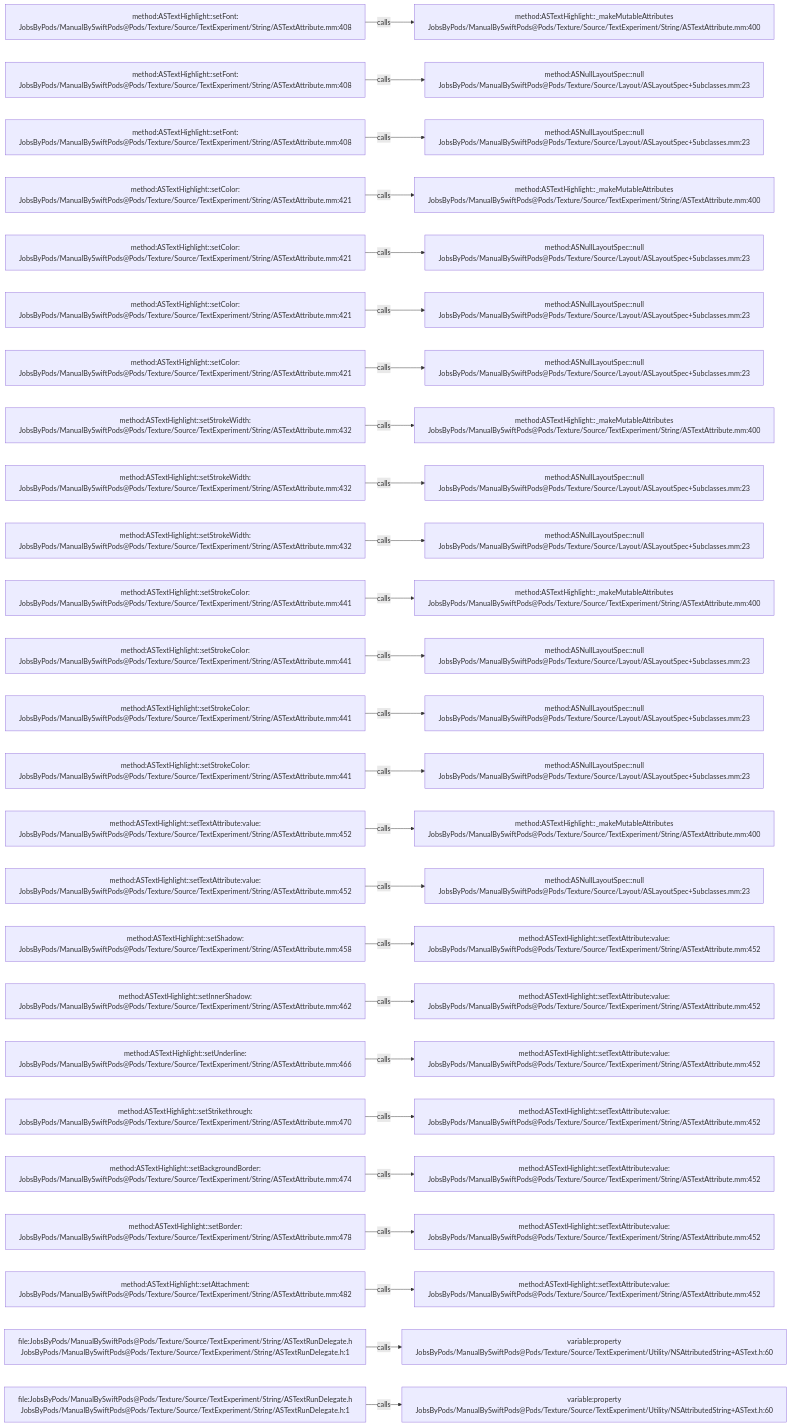
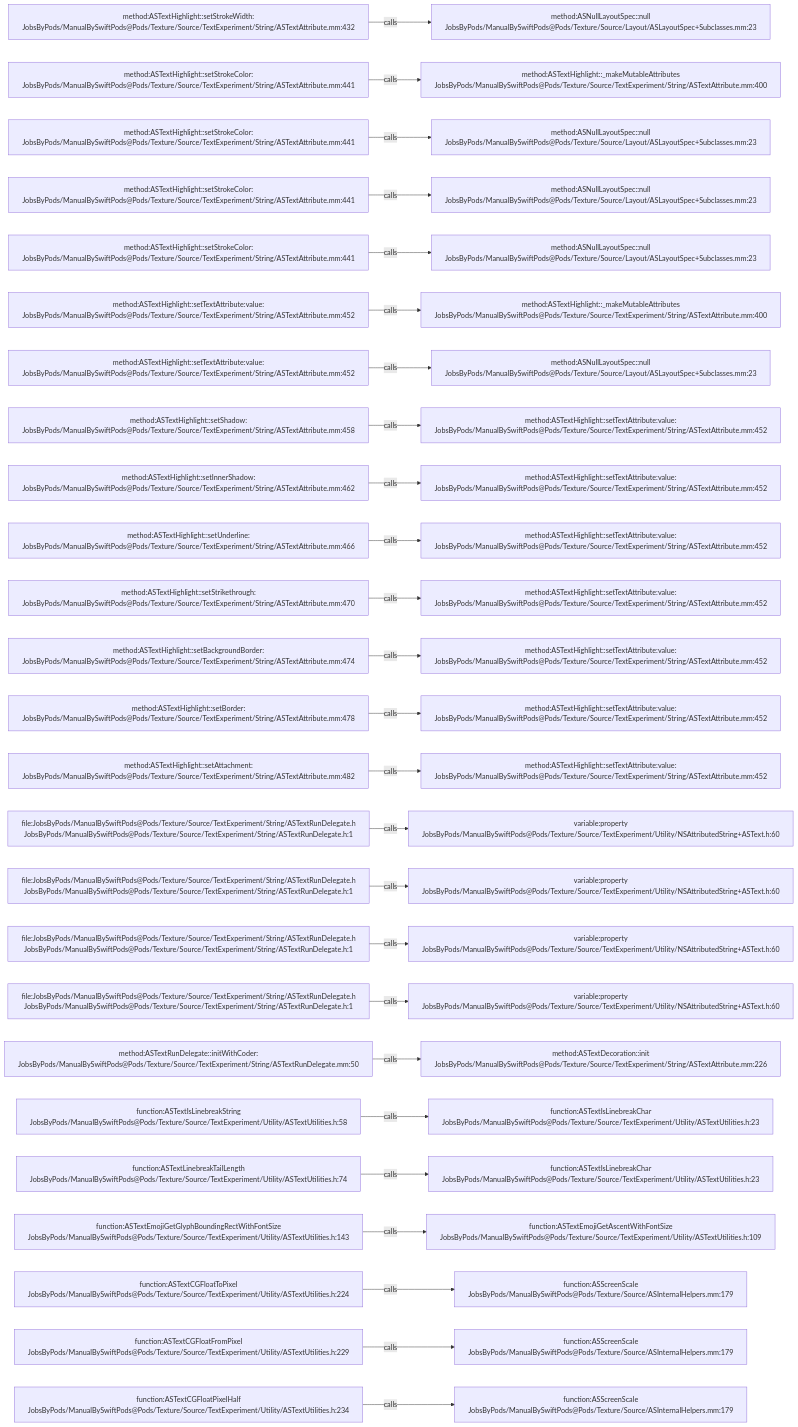
Before and after one commit to JobsKits/JobsSwiftBaseConfigDemo: the diagram in .codegraph/codegraph.md/graphs/calls-139.md, drawn with Mermaid. The commit also changed 707 other files, not shown here.

````diff
--- a/.codegraph/codegraph.md/graphs/calls-139.md
+++ b/.codegraph/codegraph.md/graphs/calls-139.md
@@ -13,78 +13,78 @@
 ```mermaid
 flowchart LR
-  S1["method:ASTextHighlight::setFont:<br/>JobsByPods/ManualBySwiftPods@Pods/Texture/Source/TextExperiment/String/ASTextAttribute.mm:408"]
-  T1["method:ASTextHighlight::_makeMutableAttributes<br/>JobsByPods/ManualBySwiftPods@Pods/Texture/Source/TextExperiment/String/ASTextAttribute.mm:400"]
+  S1["method:ASTextHighlight::setStrokeWidth:<br/>JobsByPods/ManualBySwiftPods@Pods/Texture/Source/TextExperiment/String/ASTextAttribute.mm:432"]
+  T1["method:ASNullLayoutSpec::null<br/>JobsByPods/ManualBySwiftPods@Pods/Texture/Source/Layout/ASLayoutSpec+Subclasses.mm:23"]
   S1 -->|calls| T1
-  S2["method:ASTextHighlight::setFont:<br/>JobsByPods/ManualBySwiftPods@Pods/Texture/Source/TextExperiment/String/ASTextAttribute.mm:408"]
-  T2["method:ASNullLayoutSpec::null<br/>JobsByPods/ManualBySwiftPods@Pods/Texture/Source/Layout/ASLayoutSpec+Subclasses.mm:23"]
+  S2["method:ASTextHighlight::setStrokeColor:<br/>JobsByPods/ManualBySwiftPods@Pods/Texture/Source/TextExperiment/String/ASTextAttribute.mm:441"]
+  T2["method:ASTextHighlight::_makeMutableAttributes<br/>JobsByPods/ManualBySwiftPods@Pods/Texture/Source/TextExperiment/String/ASTextAttribute.mm:400"]
   S2 -->|calls| T2
-  S3["method:ASTextHighlight::setFont:<br/>JobsByPods/ManualBySwiftPods@Pods/Texture/Source/TextExperiment/String/ASTextAttribute.mm:408"]
+  S3["method:ASTextHighlight::setStrokeColor:<br/>JobsByPods/ManualBySwiftPods@Pods/Texture/Source/TextExperiment/String/ASTextAttribute.mm:441"]
   T3["method:ASNullLayoutSpec::null<br/>JobsByPods/ManualBySwiftPods@Pods/Texture/Source/Layout/ASLayoutSpec+Subclasses.mm:23"]
   S3 -->|calls| T3
-  S4["method:ASTextHighlight::setColor:<br/>JobsByPods/ManualBySwiftPods@Pods/Texture/Source/TextExperiment/String/ASTextAttribute.mm:421"]
-  T4["method:ASTextHighlight::_makeMutableAttributes<br/>JobsByPods/ManualBySwiftPods@Pods/Texture/Source/TextExperiment/String/ASTextAttribute.mm:400"]
+  S4["method:ASTextHighlight::setStrokeColor:<br/>JobsByPods/ManualBySwiftPods@Pods/Texture/Source/TextExperiment/String/ASTextAttribute.mm:441"]
+  T4["method:ASNullLayoutSpec::null<br/>JobsByPods/ManualBySwiftPods@Pods/Texture/Source/Layout/ASLayoutSpec+Subclasses.mm:23"]
   S4 -->|calls| T4
-  S5["method:ASTextHighlight::setColor:<br/>JobsByPods/ManualBySwiftPods@Pods/Texture/Source/TextExperiment/String/ASTextAttribute.mm:421"]
+  S5["method:ASTextHighlight::setStrokeColor:<br/>JobsByPods/ManualBySwiftPods@Pods/Texture/Source/TextExperiment/String/ASTextAttribute.mm:441"]
   T5["method:ASNullLayoutSpec::null<br/>JobsByPods/ManualBySwiftPods@Pods/Texture/Source/Layout/ASLayoutSpec+Subclasses.mm:23"]
   S5 -->|calls| T5
-  S6["method:ASTextHighlight::setColor:<br/>JobsByPods/ManualBySwiftPods@Pods/Texture/Source/TextExperiment/String/ASTextAttribute.mm:421"]
-  T6["method:ASNullLayoutSpec::null<br/>JobsByPods/ManualBySwiftPods@Pods/Texture/Source/Layout/ASLayoutSpec+Subclasses.mm:23"]
+  S6["method:ASTextHighlight::setTextAttribute:value:<br/>JobsByPods/ManualBySwiftPods@Pods/Texture/Source/TextExperiment/String/ASTextAttribute.mm:452"]
+  T6["method:ASTextHighlight::_makeMutableAttributes<br/>JobsByPods/ManualBySwiftPods@Pods/Texture/Source/TextExperiment/String/ASTextAttribute.mm:400"]
   S6 -->|calls| T6
-  S7["method:ASTextHighlight::setColor:<br/>JobsByPods/ManualBySwiftPods@Pods/Texture/Source/TextExperiment/String/ASTextAttribute.mm:421"]
+  S7["method:ASTextHighlight::setTextAttribute:value:<br/>JobsByPods/ManualBySwiftPods@Pods/Texture/Source/TextExperiment/String/ASTextAttribute.mm:452"]
   T7["method:ASNullLayoutSpec::null<br/>JobsByPods/ManualBySwiftPods@Pods/Texture/Source/Layout/ASLayoutSpec+Subclasses.mm:23"]
   S7 -->|calls| T7
-  S8["method:ASTextHighlight::setStrokeWidth:<br/>JobsByPods/ManualBySwiftPods@Pods/Texture/Source/TextExperiment/String/ASTextAttribute.mm:432"]
-  T8["method:ASTextHighlight::_makeMutableAttributes<br/>JobsByPods/ManualBySwiftPods@Pods/Texture/Source/TextExperiment/String/ASTextAttribute.mm:400"]
+  S8["method:ASTextHighlight::setShadow:<br/>JobsByPods/ManualBySwiftPods@Pods/Texture/Source/TextExperiment/String/ASTextAttribute.mm:458"]
+  T8["method:ASTextHighlight::setTextAttribute:value:<br/>JobsByPods/ManualBySwiftPods@Pods/Texture/Source/TextExperiment/String/ASTextAttribute.mm:452"]
   S8 -->|calls| T8
-  S9["method:ASTextHighlight::setStrokeWidth:<br/>JobsByPods/ManualBySwiftPods@Pods/Texture/Source/TextExperiment/String/ASTextAttribute.mm:432"]
-  T9["method:ASNullLayoutSpec::null<br/>JobsByPods/ManualBySwiftPods@Pods/Texture/Source/Layout/ASLayoutSpec+Subclasses.mm:23"]
+  S9["method:ASTextHighlight::setInnerShadow:<br/>JobsByPods/ManualBySwiftPods@Pods/Texture/Source/TextExperiment/String/ASTextAttribute.mm:462"]
+  T9["method:ASTextHighlight::setTextAttribute:value:<br/>JobsByPods/ManualBySwiftPods@Pods/Texture/Source/TextExperiment/String/ASTextAttribute.mm:452"]
   S9 -->|calls| T9
-  S10["method:ASTextHighlight::setStrokeWidth:<br/>JobsByPods/ManualBySwiftPods@Pods/Texture/Source/TextExperiment/String/ASTextAttribute.mm:432"]
-  T10["method:ASNullLayoutSpec::null<br/>JobsByPods/ManualBySwiftPods@Pods/Texture/Source/Layout/ASLayoutSpec+Subclasses.mm:23"]
+  S10["method:ASTextHighlight::setUnderline:<br/>JobsByPods/ManualBySwiftPods@Pods/Texture/Source/TextExperiment/String/ASTextAttribute.mm:466"]
+  T10["method:ASTextHighlight::setTextAttribute:value:<br/>JobsByPods/ManualBySwiftPods@Pods/Texture/Source/TextExperiment/String/ASTextAttribute.mm:452"]
   S10 -->|calls| T10
-  S11["method:ASTextHighlight::setStrokeColor:<br/>JobsByPods/ManualBySwiftPods@Pods/Texture/Source/TextExperiment/String/ASTextAttribute.mm:441"]
-  T11["method:ASTextHighlight::_makeMutableAttributes<br/>JobsByPods/ManualBySwiftPods@Pods/Texture/Source/TextExperiment/String/ASTextAttribute.mm:400"]
+  S11["method:ASTextHighlight::setStrikethrough:<br/>JobsByPods/ManualBySwiftPods@Pods/Texture/Source/TextExperiment/String/ASTextAttribute.mm:470"]
+  T11["method:ASTextHighlight::setTextAttribute:value:<br/>JobsByPods/ManualBySwiftPods@Pods/Texture/Source/TextExperiment/String/ASTextAttribute.mm:452"]
   S11 -->|calls| T11
-  S12["method:ASTextHighlight::setStrokeColor:<br/>JobsByPods/ManualBySwiftPods@Pods/Texture/Source/TextExperiment/String/ASTextAttribute.mm:441"]
-  T12["method:ASNullLayoutSpec::null<br/>JobsByPods/ManualBySwiftPods@Pods/Texture/Source/Layout/ASLayoutSpec+Subclasses.mm:23"]
+  S12["method:ASTextHighlight::setBackgroundBorder:<br/>JobsByPods/ManualBySwiftPods@Pods/Texture/Source/TextExperiment/String/ASTextAttribute.mm:474"]
+  T12["method:ASTextHighlight::setTextAttribute:value:<br/>JobsByPods/ManualBySwiftPods@Pods/Texture/Source/TextExperiment/String/ASTextAttribute.mm:452"]
   S12 -->|calls| T12
-  S13["method:ASTextHighlight::setStrokeColor:<br/>JobsByPods/ManualBySwiftPods@Pods/Texture/Source/TextExperiment/String/ASTextAttribute.mm:441"]
-  T13["method:ASNullLayoutSpec::null<br/>JobsByPods/ManualBySwiftPods@Pods/Texture/Source/Layout/ASLayoutSpec+Subclasses.mm:23"]
+  S13["method:ASTextHighlight::setBorder:<br/>JobsByPods/ManualBySwiftPods@Pods/Texture/Source/TextExperiment/String/ASTextAttribute.mm:478"]
+  T13["method:ASTextHighlight::setTextAttribute:value:<br/>JobsByPods/ManualBySwiftPods@Pods/Texture/Source/TextExperiment/String/ASTextAttribute.mm:452"]
   S13 -->|calls| T13
-  S14["method:ASTextHighlight::setStrokeColor:<br/>JobsByPods/ManualBySwiftPods@Pods/Texture/Source/TextExperiment/String/ASTextAttribute.mm:441"]
-  T14["method:ASNullLayoutSpec::null<br/>JobsByPods/ManualBySwiftPods@Pods/Texture/Source/Layout/ASLayoutSpec+Subclasses.mm:23"]
+  S14["method:ASTextHighlight::setAttachment:<br/>JobsByPods/ManualBySwiftPods@Pods/Texture/Source/TextExperiment/String/ASTextAttribute.mm:482"]
+  T14["method:ASTextHighlight::setTextAttribute:value:<br/>JobsByPods/ManualBySwiftPods@Pods/Texture/Source/TextExperiment/String/ASTextAttribute.mm:452"]
   S14 -->|calls| T14
-  S15["method:ASTextHighlight::setTextAttribute:value:<br/>JobsByPods/ManualBySwiftPods@Pods/Texture/Source/TextExperiment/String/ASTextAttribute.mm:452"]
-  T15["method:ASTextHighlight::_makeMutableAttributes<br/>JobsByPods/ManualBySwiftPods@Pods/Texture/Source/TextExperiment/String/ASTextAttribute.mm:400"]
+  S15["file:JobsByPods/ManualBySwiftPods@Pods/Texture/Source/TextExperiment/String/ASTextRunDelegate.h<br/>JobsByPods/ManualBySwiftPods@Pods/Texture/Source/TextExperiment/String/ASTextRunDelegate.h:1"]
+  T15["variable:property<br/>JobsByPods/ManualBySwiftPods@Pods/Texture/Source/TextExperiment/Utility/NSAttributedString+ASText.h:60"]
   S15 -->|calls| T15
-  S16["method:ASTextHighlight::setTextAttribute:value:<br/>JobsByPods/ManualBySwiftPods@Pods/Texture/Source/TextExperiment/String/ASTextAttribute.mm:452"]
-  T16["method:ASNullLayoutSpec::null<br/>JobsByPods/ManualBySwiftPods@Pods/Texture/Source/Layout/ASLayoutSpec+Subclasses.mm:23"]
+  S16["file:JobsByPods/ManualBySwiftPods@Pods/Texture/Source/TextExperiment/String/ASTextRunDelegate.h<br/>JobsByPods/ManualBySwiftPods@Pods/Texture/Source/TextExperiment/String/ASTextRunDelegate.h:1"]
+  T16["variable:property<br/>JobsByPods/ManualBySwiftPods@Pods/Texture/Source/TextExperiment/Utility/NSAttributedString+ASText.h:60"]
   S16 -->|calls| T16
-  S17["method:ASTextHighlight::setShadow:<br/>JobsByPods/ManualBySwiftPods@Pods/Texture/Source/TextExperiment/String/ASTextAttribute.mm:458"]
-  T17["method:ASTextHighlight::setTextAttribute:value:<br/>JobsByPods/ManualBySwiftPods@Pods/Texture/Source/TextExperiment/String/ASTextAttribute.mm:452"]
+  S17["file:JobsByPods/ManualBySwiftPods@Pods/Texture/Source/TextExperiment/String/ASTextRunDelegate.h<br/>JobsByPods/ManualBySwiftPods@Pods/Texture/Source/TextExperiment/String/ASTextRunDelegate.h:1"]
+  T17["variable:property<br/>JobsByPods/ManualBySwiftPods@Pods/Texture/Source/TextExperiment/Utility/NSAttributedString+ASText.h:60"]
   S17 -->|calls| T17
-  S18["method:ASTextHighlight::setInnerShadow:<br/>JobsByPods/ManualBySwiftPods@Pods/Texture/Source/TextExperiment/String/ASTextAttribute.mm:462"]
-  T18["method:ASTextHighlight::setTextAttribute:value:<br/>JobsByPods/ManualBySwiftPods@Pods/Texture/Source/TextExperiment/String/ASTextAttribute.mm:452"]
+  S18["file:JobsByPods/ManualBySwiftPods@Pods/Texture/Source/TextExperiment/String/ASTextRunDelegate.h<br/>JobsByPods/ManualBySwiftPods@Pods/Texture/Source/TextExperiment/String/ASTextRunDelegate.h:1"]
+  T18["variable:property<br/>JobsByPods/ManualBySwiftPods@Pods/Texture/Source/TextExperiment/Utility/NSAttributedString+ASText.h:60"]
   S18 -->|calls| T18
-  S19["method:ASTextHighlight::setUnderline:<br/>JobsByPods/ManualBySwiftPods@Pods/Texture/Source/TextExperiment/String/ASTextAttribute.mm:466"]
-  T19["method:ASTextHighlight::setTextAttribute:value:<br/>JobsByPods/ManualBySwiftPods@Pods/Texture/Source/TextExperiment/String/ASTextAttribute.mm:452"]
+  S19["method:ASTextRunDelegate::initWithCoder:<br/>JobsByPods/ManualBySwiftPods@Pods/Texture/Source/TextExperiment/String/ASTextRunDelegate.mm:50"]
+  T19["method:ASTextDecoration::init<br/>JobsByPods/ManualBySwiftPods@Pods/Texture/Source/TextExperiment/String/ASTextAttribute.mm:226"]
   S19 -->|calls| T19
-  S20["method:ASTextHighlight::setStrikethrough:<br/>JobsByPods/ManualBySwiftPods@Pods/Texture/Source/TextExperiment/String/ASTextAttribute.mm:470"]
-  T20["method:ASTextHighlight::setTextAttribute:value:<br/>JobsByPods/ManualBySwiftPods@Pods/Texture/Source/TextExperiment/String/ASTextAttribute.mm:452"]
+  S20["function:ASTextIsLinebreakString<br/>JobsByPods/ManualBySwiftPods@Pods/Texture/Source/TextExperiment/Utility/ASTextUtilities.h:58"]
+  T20["function:ASTextIsLinebreakChar<br/>JobsByPods/ManualBySwiftPods@Pods/Texture/Source/TextExperiment/Utility/ASTextUtilities.h:23"]
   S20 -->|calls| T20
-  S21["method:ASTextHighlight::setBackgroundBorder:<br/>JobsByPods/ManualBySwiftPods@Pods/Texture/Source/TextExperiment/String/ASTextAttribute.mm:474"]
-  T21["method:ASTextHighlight::setTextAttribute:value:<br/>JobsByPods/ManualBySwiftPods@Pods/Texture/Source/TextExperiment/String/ASTextAttribute.mm:452"]
+  S21["function:ASTextLinebreakTailLength<br/>JobsByPods/ManualBySwiftPods@Pods/Texture/Source/TextExperiment/Utility/ASTextUtilities.h:74"]
+  T21["function:ASTextIsLinebreakChar<br/>JobsByPods/ManualBySwiftPods@Pods/Texture/Source/TextExperiment/Utility/ASTextUtilities.h:23"]
   S21 -->|calls| T21
-  S22["method:ASTextHighlight::setBorder:<br/>JobsByPods/ManualBySwiftPods@Pods/Texture/Source/TextExperiment/String/ASTextAttribute.mm:478"]
-  T22["method:ASTextHighlight::setTextAttribute:value:<br/>JobsByPods/ManualBySwiftPods@Pods/Texture/Source/TextExperiment/String/ASTextAttribute.mm:452"]
+  S22["function:ASTextEmojiGetGlyphBoundingRectWithFontSize<br/>JobsByPods/ManualBySwiftPods@Pods/Texture/Source/TextExperiment/Utility/ASTextUtilities.h:143"]
+  T22["function:ASTextEmojiGetAscentWithFontSize<br/>JobsByPods/ManualBySwiftPods@Pods/Texture/Source/TextExperiment/Utility/ASTextUtilities.h:109"]
   S22 -->|calls| T22
-  S23["method:ASTextHighlight::setAttachment:<br/>JobsByPods/ManualBySwiftPods@Pods/Texture/Source/TextExperiment/String/ASTextAttribute.mm:482"]
-  T23["method:ASTextHighlight::setTextAttribute:value:<br/>JobsByPods/ManualBySwiftPods@Pods/Texture/Source/TextExperiment/String/ASTextAttribute.mm:452"]
+  S23["function:ASTextCGFloatToPixel<br/>JobsByPods/ManualBySwiftPods@Pods/Texture/Source/TextExperiment/Utility/ASTextUtilities.h:224"]
+  T23["function:ASScreenScale<br/>JobsByPods/ManualBySwiftPods@Pods/Texture/Source/ASInternalHelpers.mm:179"]
   S23 -->|calls| T23
-  S24["file:JobsByPods/ManualBySwiftPods@Pods/Texture/Source/TextExperiment/String/ASTextRunDelegate.h<br/>JobsByPods/ManualBySwiftPods@Pods/Texture/Source/TextExperiment/String/ASTextRunDelegate.h:1"]
-  T24["variable:property<br/>JobsByPods/ManualBySwiftPods@Pods/Texture/Source/TextExperiment/Utility/NSAttributedString+ASText.h:60"]
+  S24["function:ASTextCGFloatFromPixel<br/>JobsByPods/ManualBySwiftPods@Pods/Texture/Source/TextExperiment/Utility/ASTextUtilities.h:229"]
+  T24["function:ASScreenScale<br/>JobsByPods/ManualBySwiftPods@Pods/Texture/Source/ASInternalHelpers.mm:179"]
   S24 -->|calls| T24
-  S25["file:JobsByPods/ManualBySwiftPods@Pods/Texture/Source/TextExperiment/String/ASTextRunDelegate.h<br/>JobsByPods/ManualBySwiftPods@Pods/Texture/Source/TextExperiment/String/ASTextRunDelegate.h:1"]
-  T25["variable:property<br/>JobsByPods/ManualBySwiftPods@Pods/Texture/Source/TextExperiment/Utility/NSAttributedString+ASText.h:60"]
+  S25["function:ASTextCGFloatPixelHalf<br/>JobsByPods/ManualBySwiftPods@Pods/Texture/Source/TextExperiment/Utility/ASTextUtilities.h:234"]
+  T25["function:ASScreenScale<br/>JobsByPods/ManualBySwiftPods@Pods/Texture/Source/ASInternalHelpers.mm:179"]
   S25 -->|calls| T25
 ```
````
